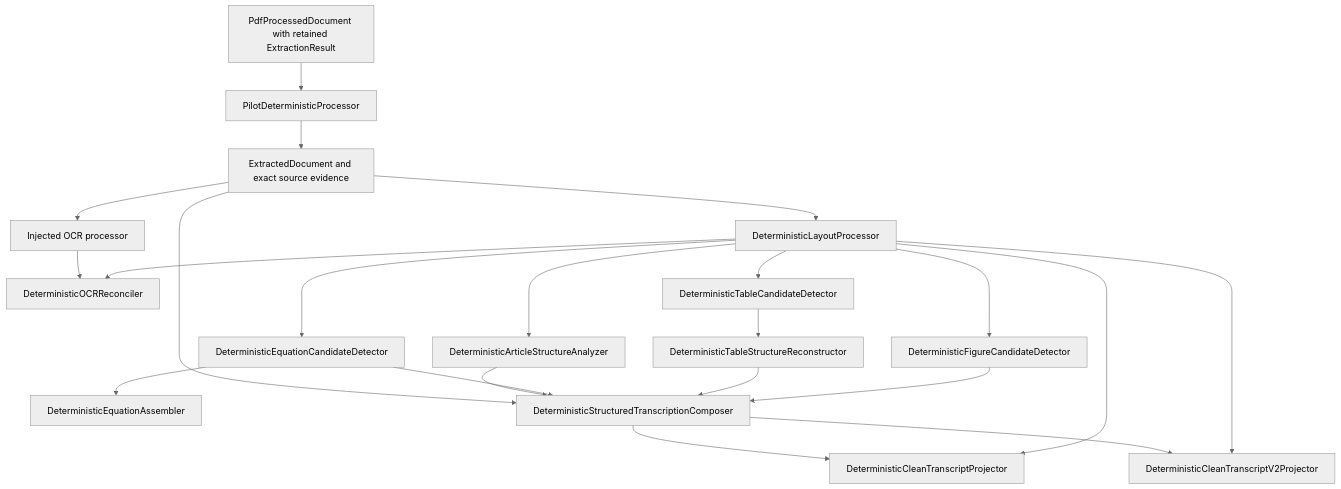
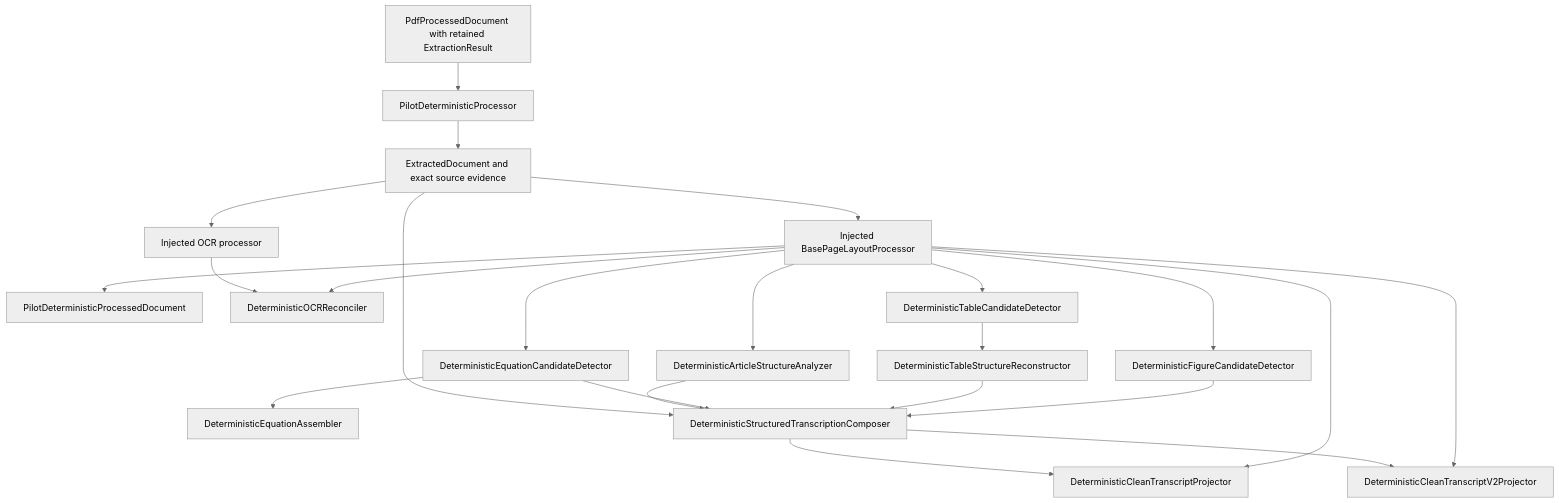
Before and after one commit to eragasa/projectkoios-ingestion: the diagram in docs/architecture/ingestion/v0/deterministic/index.md, drawn with Mermaid (neutral theme). The commit also changed other lines of this file and 73 other files, not shown here.

````diff
--- a/docs/architecture/ingestion/v0/deterministic/index.md
+++ b/docs/architecture/ingestion/v0/deterministic/index.md
@@ -32,31 +33,32 @@
 ```mermaid
 flowchart TD
     PdfProcessed[PdfProcessedDocument with retained ExtractionResult]
     Pilot[PilotDeterministicProcessor]
     PdfProcessed --> Pilot
     Pilot --> Raw[ExtractedDocument and exact source evidence]
 
-    Raw --> Layout[DeterministicLayoutProcessor]
+    Raw --> Layout[Injected BasePageLayoutProcessor]
+    Layout --> PilotResult[PilotDeterministicProcessedDocument]
     Raw --> OCR[Injected OCR processor]
     OCR --> Reconcile[DeterministicOCRReconciler]
     Layout --> Reconcile
 
     Layout --> Structure[DeterministicArticleStructureAnalyzer]
     Layout --> Equations[DeterministicEquationCandidateDetector]
     Layout --> Tables[DeterministicTableCandidateDetector]
     Layout --> Figures[DeterministicFigureCandidateDetector]
 
     Equations --> EquationAssembly[DeterministicEquationAssembler]
     Tables --> TableStructure[DeterministicTableStructureReconstructor]
 
     Raw --> Compose[DeterministicStructuredTranscriptionComposer]
     Structure --> Compose
     Equations --> Compose
     TableStructure --> Compose
     Figures --> Compose
 
     Compose --> CleanV1[DeterministicCleanTranscriptProjector]
     Compose --> CleanV2[DeterministicCleanTranscriptV2Projector]
     Layout --> CleanV1
     Layout --> CleanV2
 ```
````
